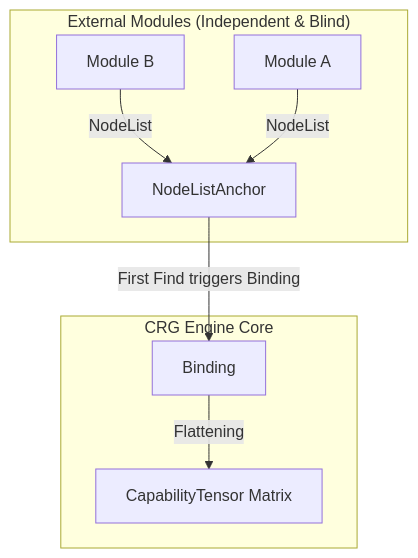
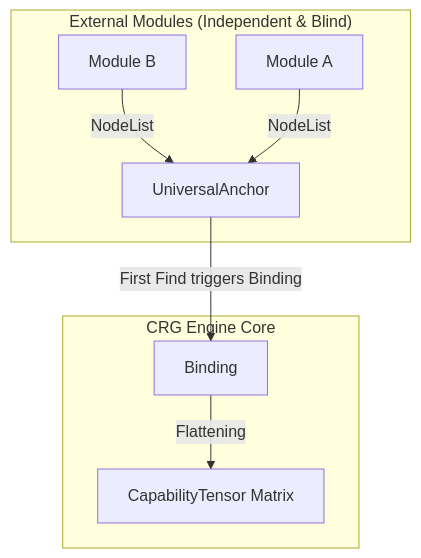
One commit to CT-74/CapabilityReconstructionGraph changed the first of 3 diagrams in paper/paper.md. Above: the diagram before and after it, drawn with Mermaid. The commit also changed other lines of this file and 3 other files, not shown here.

````diff
--- a/paper/paper.md
+++ b/paper/paper.md
@@ -23,14 +23,14 @@
 ```mermaid
 graph TD
     subgraph "External Modules (Independent & Blind)"
         B[Module B] -->|NodeList| Anchor
         A[Module A] -->|NodeList| Anchor
     end
     subgraph "CRG Engine Core"
-        Anchor[NodeListAnchor]
+        Anchor[UniversalAnchor]
         Binding[Binding]
         Tensor[CapabilityTensor Matrix]
     end
     Anchor -->|First Find triggers Binding| Binding
     Binding -->|Flattening| Tensor
 ```
````
